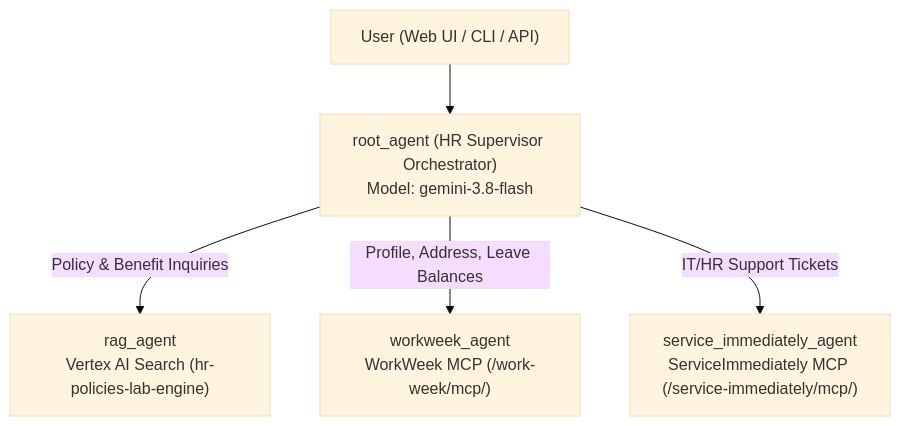
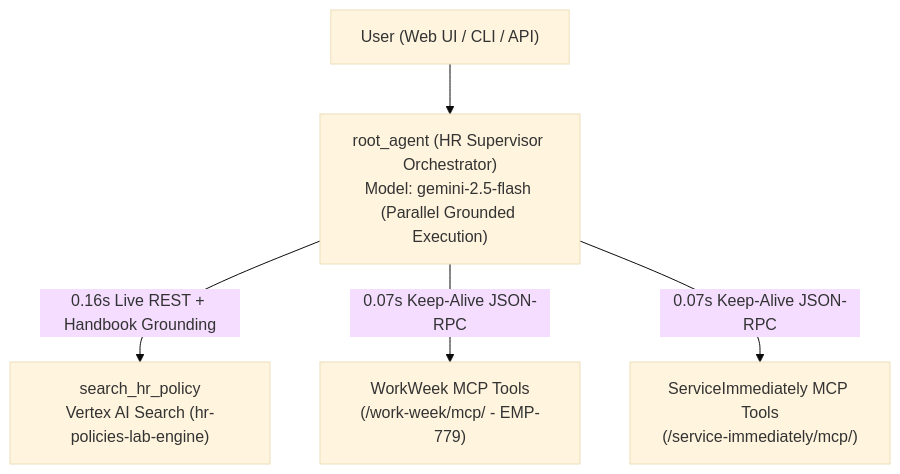
The diagram in README.md (dolphin2002-lab/hr-agentic_solution), drawn with Mermaid (base theme) before and after one commit. The commit also changed other lines of this file and 1 other file, not shown here.

Commit message:
docs(agent): document grounding and latency acceleration architecture in README and evaluation report

````diff
--- a/README.md
+++ b/README.md
@@ -9,7 +28,7 @@
 ```mermaid
 flowchart TD
-    User["User (Web UI / CLI / API)"] --> Root["root_agent (HR Supervisor Orchestrator)<br/>Model: gemini-3.8-flash"]
-    Root -->|Policy & Benefit Inquiries| RAG["rag_agent<br/>Vertex AI Search (hr-policies-lab-engine)"]
-    Root -->|Profile, Address, Leave Balances| WW["workweek_agent<br/>WorkWeek MCP (/work-week/mcp/)"]
-    Root -->|IT/HR Support Tickets| SI["service_immediately_agent<br/>ServiceImmediately MCP (/service-immediately/mcp/)"]
+    User["User (Web UI / CLI / API)"] --> Root["root_agent (HR Supervisor Orchestrator)<br/>Model: gemini-2.5-flash (Parallel Grounded Execution)"]
+    Root -->|0.16s Live REST + Handbook Grounding| RAG["search_hr_policy<br/>Vertex AI Search (hr-policies-lab-engine)"]
+    Root -->|0.07s Keep-Alive JSON-RPC| WW["WorkWeek MCP Tools<br/>(/work-week/mcp/ - EMP-779)"]
+    Root -->|0.07s Keep-Alive JSON-RPC| SI["ServiceImmediately MCP Tools<br/>(/service-immediately/mcp/)"]
 ```
````
